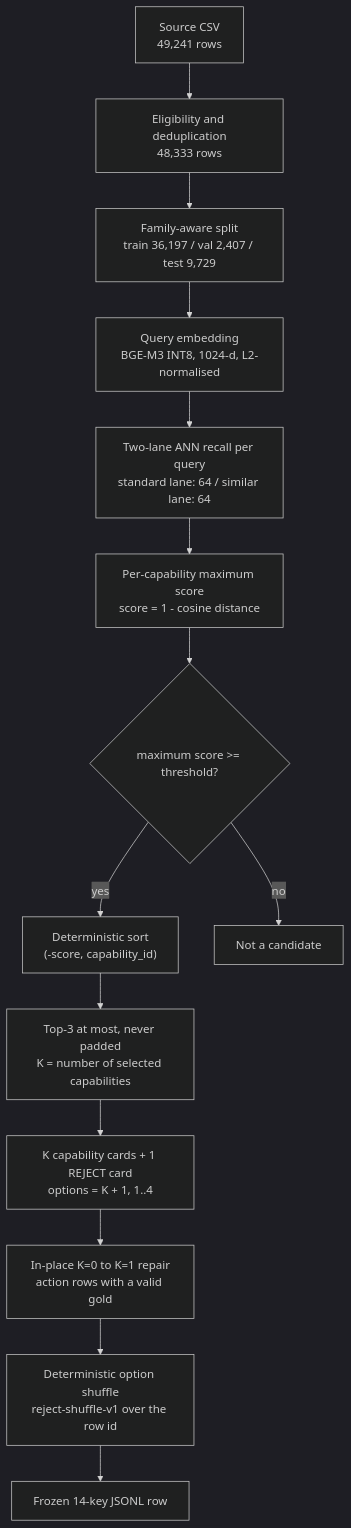
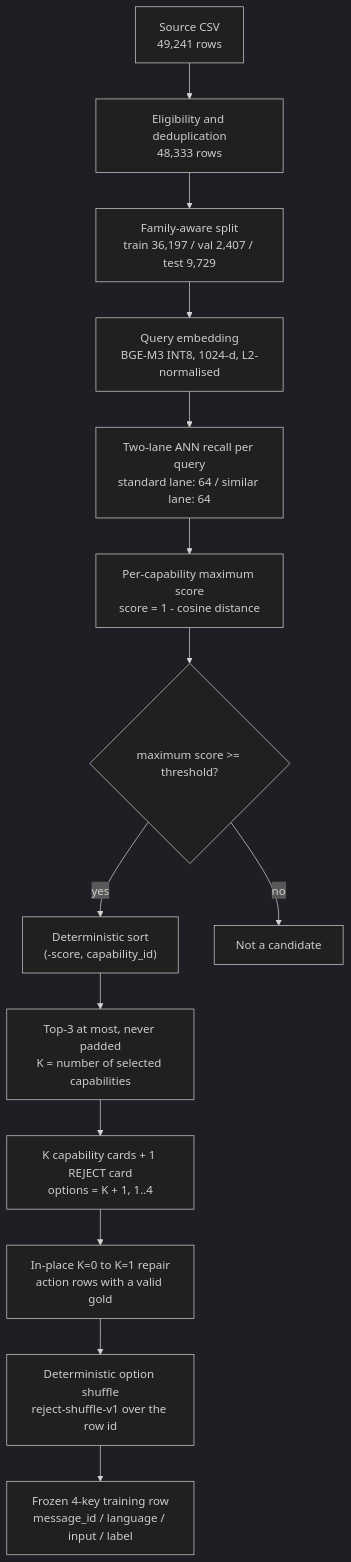
One commit to Eric-LLMs/Delveta changed the diagram in fine_tuning/laya_finetune/data_versions/README.md. Above: the diagram before and after it, drawn with Mermaid (dark theme). The commit also changed other lines of this file and 1 other file, not shown here.

Commit message:
docs(laya): correct the published row schema to four keys

````diff
--- a/fine_tuning/laya_finetune/data_versions/README.md
+++ b/fine_tuning/laya_finetune/data_versions/README.md
@@ -125,16 +126,16 @@
 ```mermaid
 flowchart TD
     A["Source CSV<br/>49,241 rows"] --> B["Eligibility and deduplication<br/>48,333 rows"]
     B --> C["Family-aware split<br/>train 36,197 / val 2,407 / test 9,729"]
     C --> D["Query embedding<br/>BGE-M3 INT8, 1024-d, L2-normalised"]
     D --> E["Two-lane ANN recall per query<br/>standard lane: 64 / similar lane: 64"]
     E --> F["Per-capability maximum score<br/>score = 1 - cosine distance"]
     F --> G{"maximum score >= threshold?"}
     G -->|yes| H["Deterministic sort<br/>(-score, capability_id)"]
     G -->|no| I["Not a candidate"]
     H --> J["Top-3 at most, never padded<br/>K = number of selected capabilities"]
     J --> K["K capability cards + 1 REJECT card<br/>options = K + 1, 1..4"]
     K --> L["In-place K=0 to K=1 repair<br/>action rows with a valid gold"]
     L --> M["Deterministic option shuffle<br/>reject-shuffle-v1 over the row id"]
-    M --> N["Frozen 14-key JSONL row"]
+    M --> N["Frozen 4-key training row<br/>message_id / language / input / label"]
 ```
````
